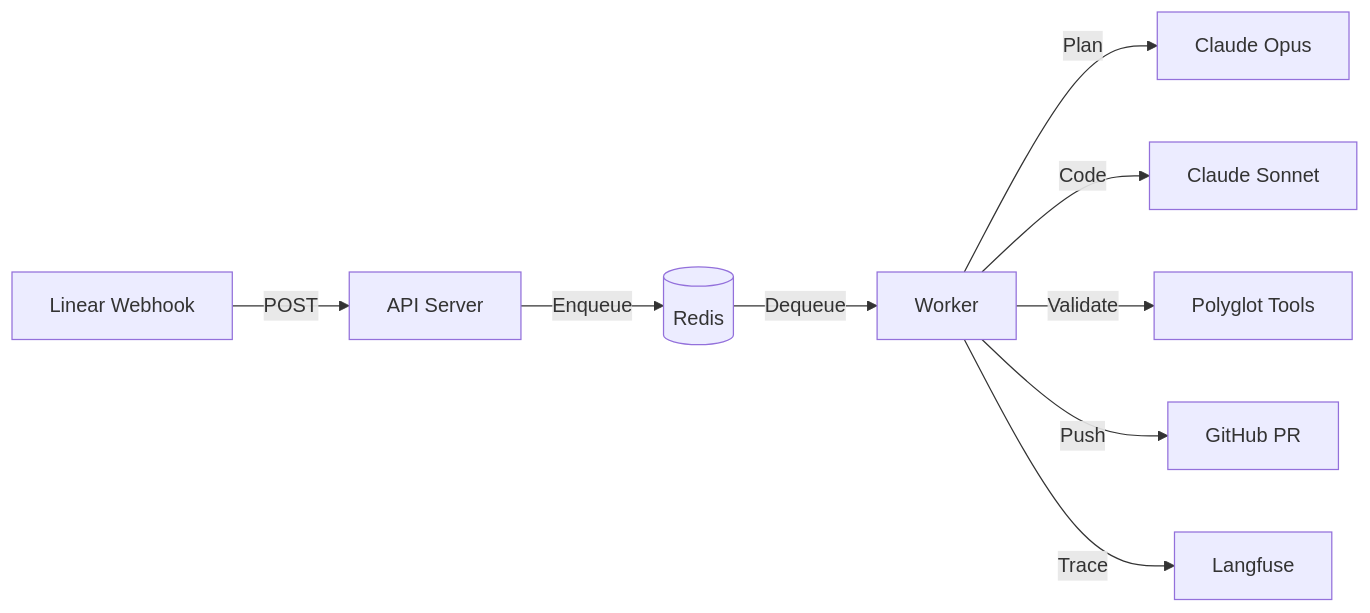
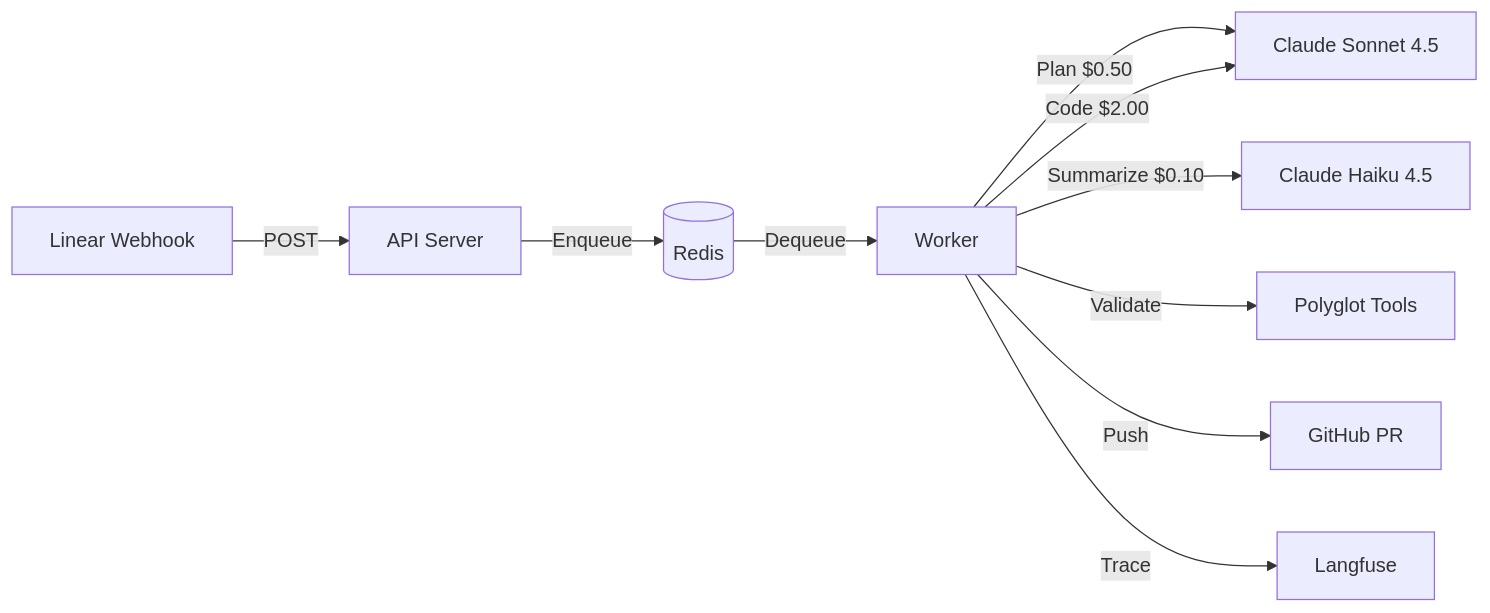
One commit to Replikanti/ralph-platform changed the diagram in README.md. Above: the diagram before and after it, drawn with Mermaid. The commit also changed other lines of this file and 5 other files, not shown here.

````diff
--- a/README.md
+++ b/README.md
@@ -141,11 +143,12 @@
 ```mermaid
 graph LR
     Linear[Linear Webhook] -->|POST| API[API Server]
     API -->|Enqueue| Redis[(Redis)]
     Redis -->|Dequeue| Worker[Worker]
-    Worker -->|Plan| Opus[Claude Opus]
-    Worker -->|Code| Sonnet[Claude Sonnet]
+    Worker -->|Plan $0.50| Sonnet[Claude Sonnet 4.5]
+    Worker -->|Code $2.00| Sonnet
+    Worker -->|Summarize $0.10| Haiku[Claude Haiku 4.5]
     Worker -->|Validate| Tools[Polyglot Tools]
     Worker -->|Push| GitHub[GitHub PR]
     Worker -->|Trace| Langfuse[Langfuse]
 ```
````
